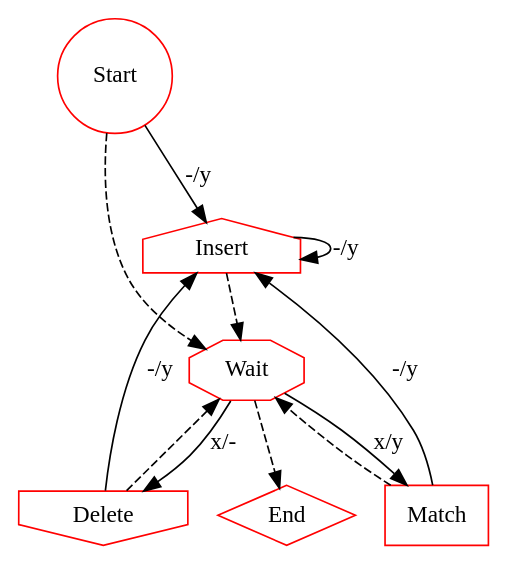
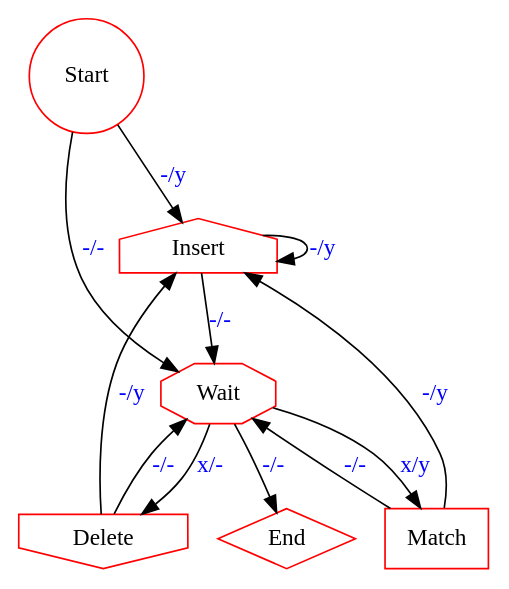
The diagram in transitions.dot (ihh/transducer-tutorial), drawn with Graphviz before and after one commit. The commit also changed 14 other files, not shown here.

```diff
--- a/transitions.dot
+++ b/transitions.dot
@@ -1,31 +1,31 @@
 digraph G {
 
     S [label="Start", shape=circle, color=red];
     E [label="End", shape=diamond, color=red];
 
     I [label="Insert", shape=house, color=red];
 
     W [label="Wait", shape=octagon, color=red];
 
     M [label="Match", shape=rect, color=red];
     D [label="Delete", shape=invhouse, color=red];
 
-S->I [label="-/y"];
-S->W [style=dashed];
+S->I [label="-/y", fontcolor=blue];
+S->W [label="-/-", fontcolor=blue];
 
-W->E [style=dashed];
+W->E [label="-/-", fontcolor=blue];
 
-W->M [label="x/y"];
-W->D [label="x/-"];
+W->M [label="x/y", fontcolor=blue];
+W->D [label="x/-", fontcolor=blue];
 
-I->I [label="-/y"];
-I->W [style=dashed];
+I->I [label="-/y", fontcolor=blue];
+I->W [label="-/-", fontcolor=blue];
 
-M->I [label="-/y"];
-M->W [style=dashed];
+M->I [label="-/y", fontcolor=blue];
+M->W [label="-/-", fontcolor=blue];
 
-D->I [label="-/y"];
-D->W [style=dashed];
+D->I [label="-/y", fontcolor=blue];
+D->W [label="-/-", fontcolor=blue];
 
 
 }
```
